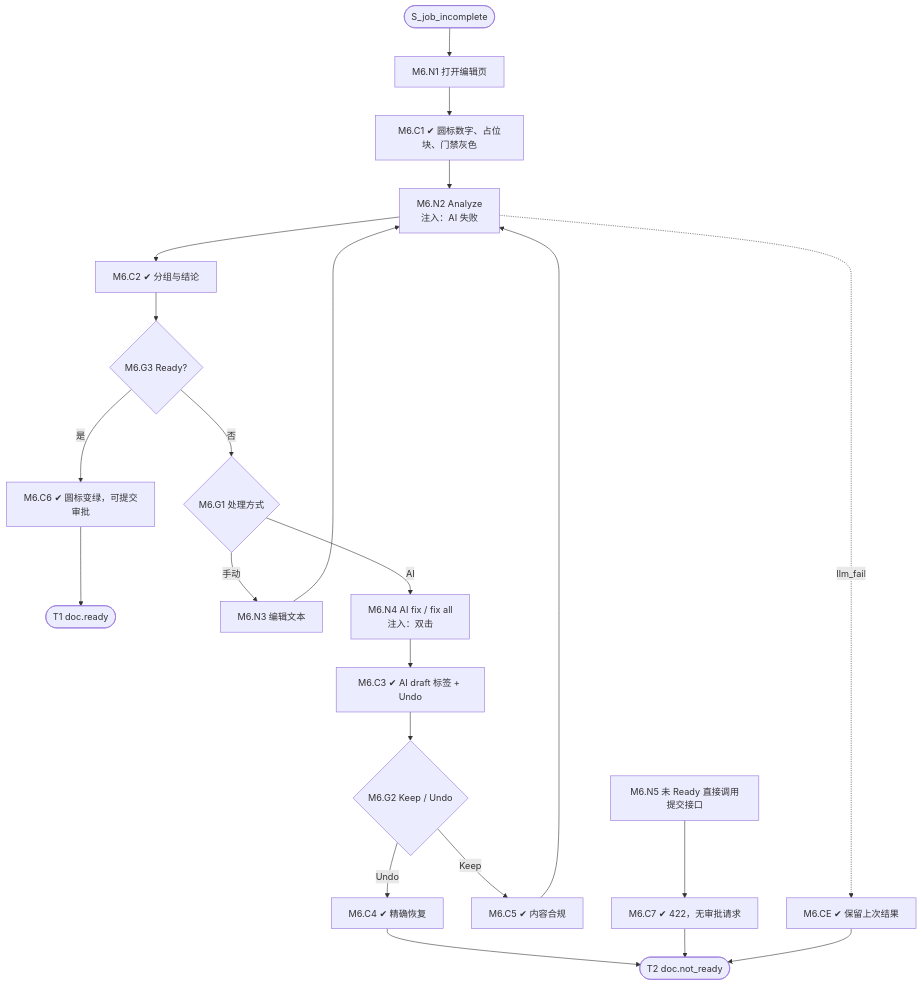
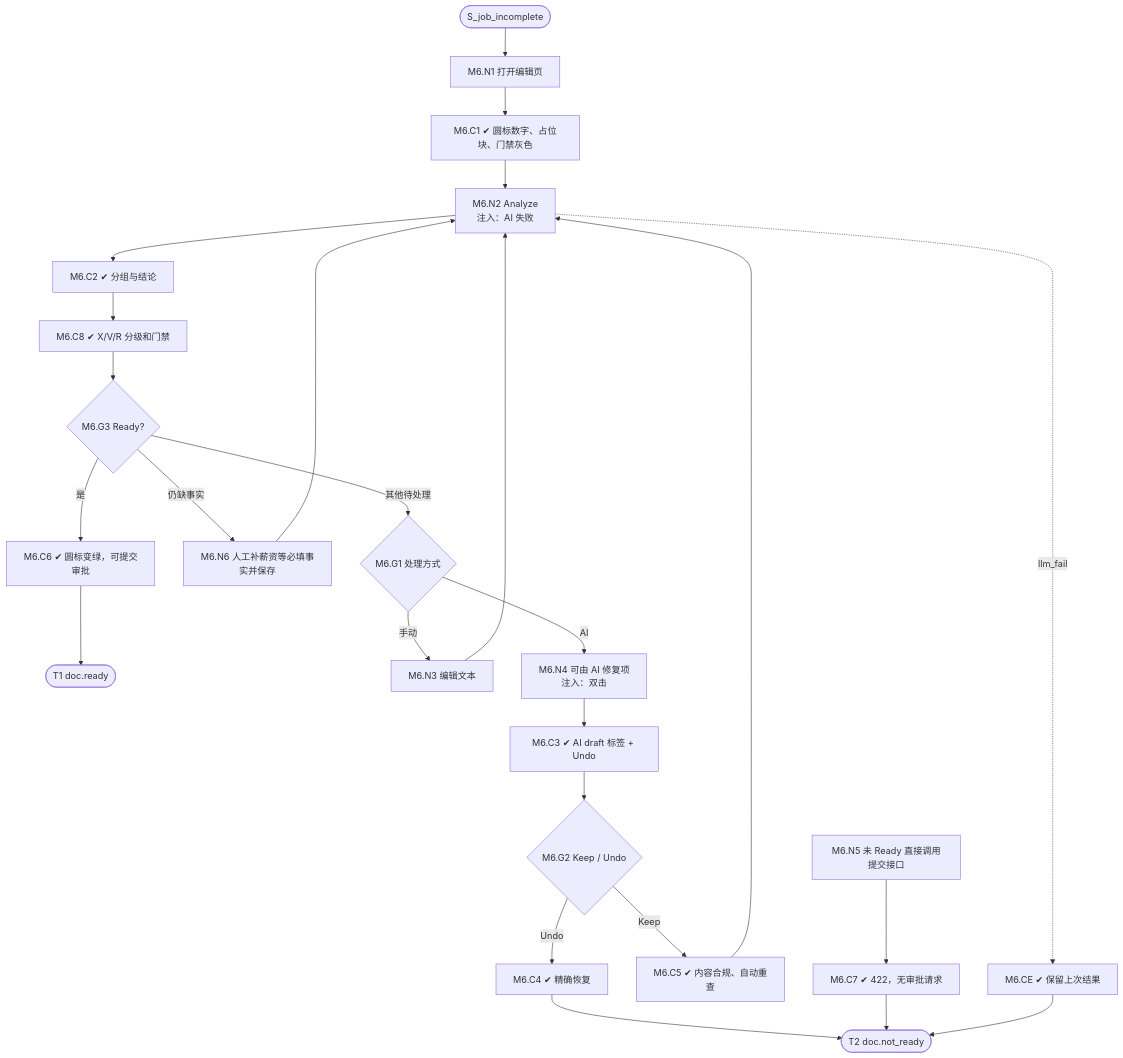
Before and after one commit to TelyAgent/HireOSV2: the diagram in docs/product/JD_Management/M6_Analyze_AI_Fix/Loop_IO.md, drawn with Mermaid. The commit also changed other lines of this file and 327 other files, not shown here.

````diff
--- a/docs/product/JD_Management/M6_Analyze_AI_Fix/Loop_IO.md
+++ b/docs/product/JD_Management/M6_Analyze_AI_Fix/Loop_IO.md
@@ -94,17 +100,18 @@
 ```mermaid
 flowchart TD
   S(["S_job_incomplete"]) --> N1["M6.N1 打开编辑页"]
   N1 --> C1["M6.C1 ✔ 圆标数字、占位块、门禁灰色"]
   C1 --> N2["M6.N2 Analyze<br/>注入：AI 失败"]
   N2 --> C2["M6.C2 ✔ 分组与结论"]
-  C2 --> G3{"M6.G3 Ready?"}
+  C2 --> C8["M6.C8 ✔ X/V/R 分级和门禁"] --> G3{"M6.G3 Ready?"}
   G3 -->|"是"| C6["M6.C6 ✔ 圆标变绿，可提交审批"] --> T1(["T1 doc.ready"])
-  G3 -->|"否"| G1{"M6.G1 处理方式"}
+  G3 -->|"仍缺事实"| N6["M6.N6 人工补薪资等必填事实并保存"] --> N2
+  G3 -->|"其他待处理"| G1{"M6.G1 处理方式"}
   G1 -->|"手动"| N3["M6.N3 编辑文本"] --> N2
-  G1 -->|"AI"| N4["M6.N4 AI fix / fix all<br/>注入：双击"] --> C3["M6.C3 ✔ AI draft 标签 + Undo"]
+  G1 -->|"AI"| N4["M6.N4 可由 AI 修复项<br/>注入：双击"] --> C3["M6.C3 ✔ AI draft 标签 + Undo"]
   C3 --> G2{"M6.G2 Keep / Undo"}
   G2 -->|"Undo"| C4["M6.C4 ✔ 精确恢复"] --> T2(["T2 doc.not_ready"])
-  G2 -->|"Keep"| C5["M6.C5 ✔ 内容合规"] --> N2
+  G2 -->|"Keep"| C5["M6.C5 ✔ 内容合规、自动重查"] --> N2
   N5["M6.N5 未 Ready 直接调用提交接口"] --> C7["M6.C7 ✔ 422，无审批请求"] --> T2
   N2 -.->|"llm_fail"| CE["M6.CE ✔ 保留上次结果"] --> T2
 ```
````
